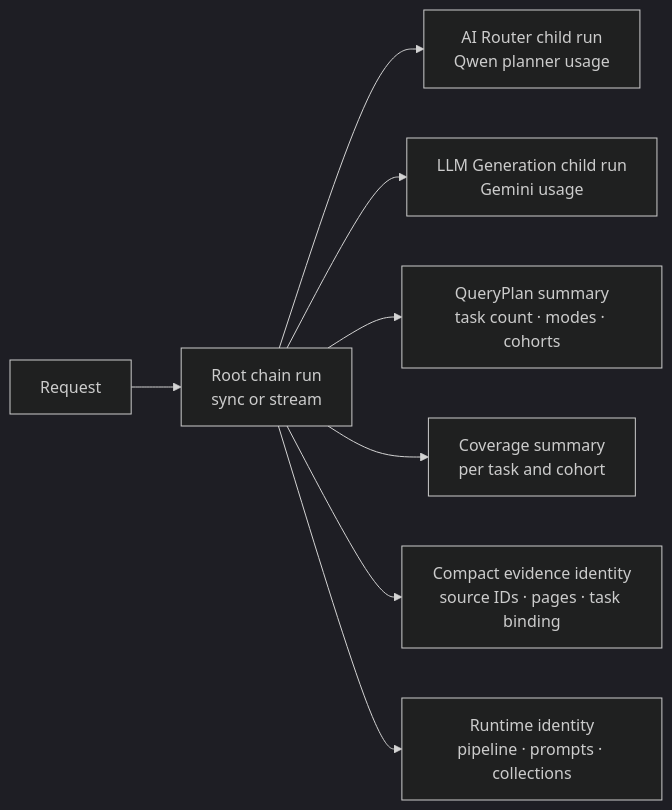
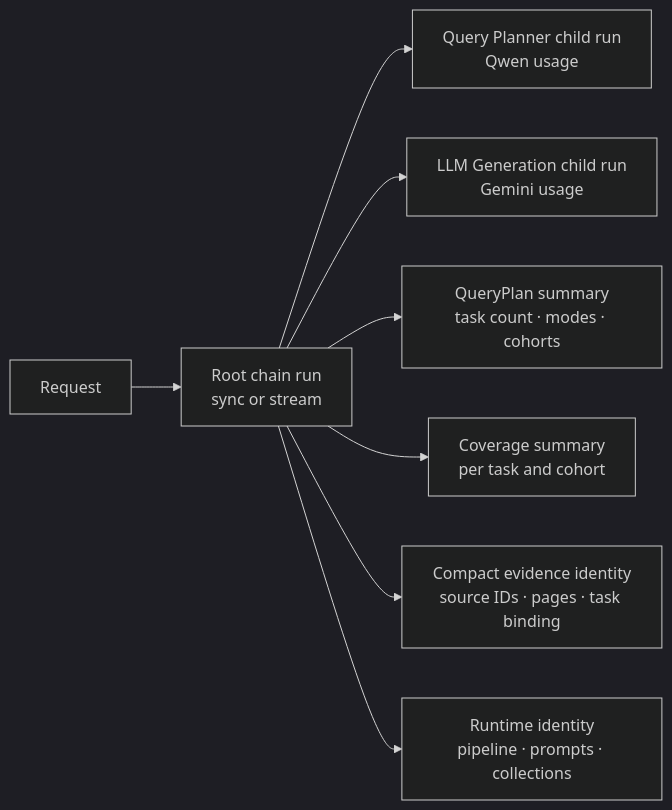
The fourth of 4 diagrams in README.md (AnhPhiNe/student-handbook-rag-chatbot), drawn with Mermaid (dark theme) before and after one commit. The commit also changed other lines of this file and 43 other files, not shown here.

Commit message:
refactor: remove legacy routing architecture

````diff
--- a/README.md
+++ b/README.md
@@ -179,11 +179,11 @@
 ```mermaid
 flowchart LR
     Request["Request"] --> Root["Root chain run<br/>sync or stream"]
-    Root --> Router["AI Router child run<br/>Qwen planner usage"]
+    Root --> Planner["Query Planner child run<br/>Qwen usage"]
     Root --> Composer["LLM Generation child run<br/>Gemini usage"]
 
     Root --> PlanMeta["QueryPlan summary<br/>task count · modes · cohorts"]
     Root --> Coverage["Coverage summary<br/>per task and cohort"]
     Root --> EvidenceMeta["Compact evidence identity<br/>source IDs · pages · task binding"]
     Root --> RuntimeMeta["Runtime identity<br/>pipeline · prompts · collections"]
 ```
````
